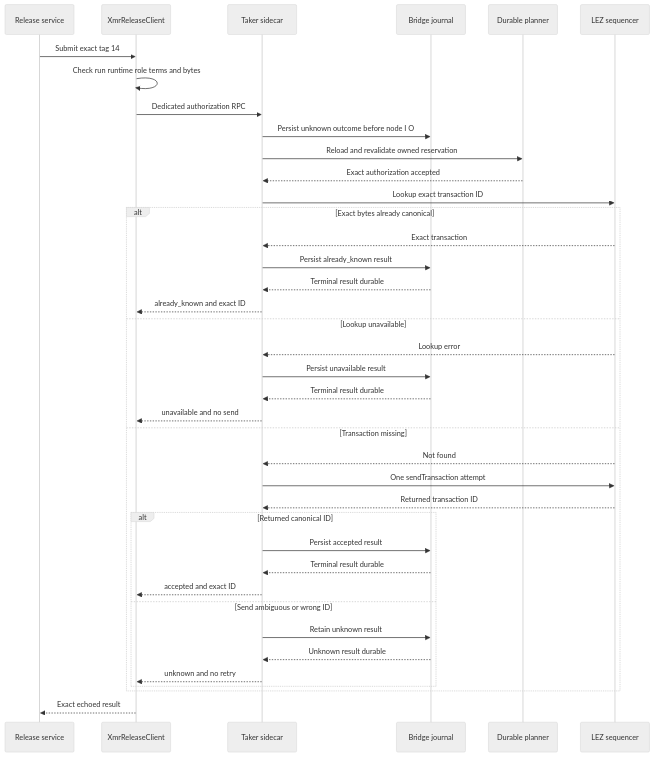
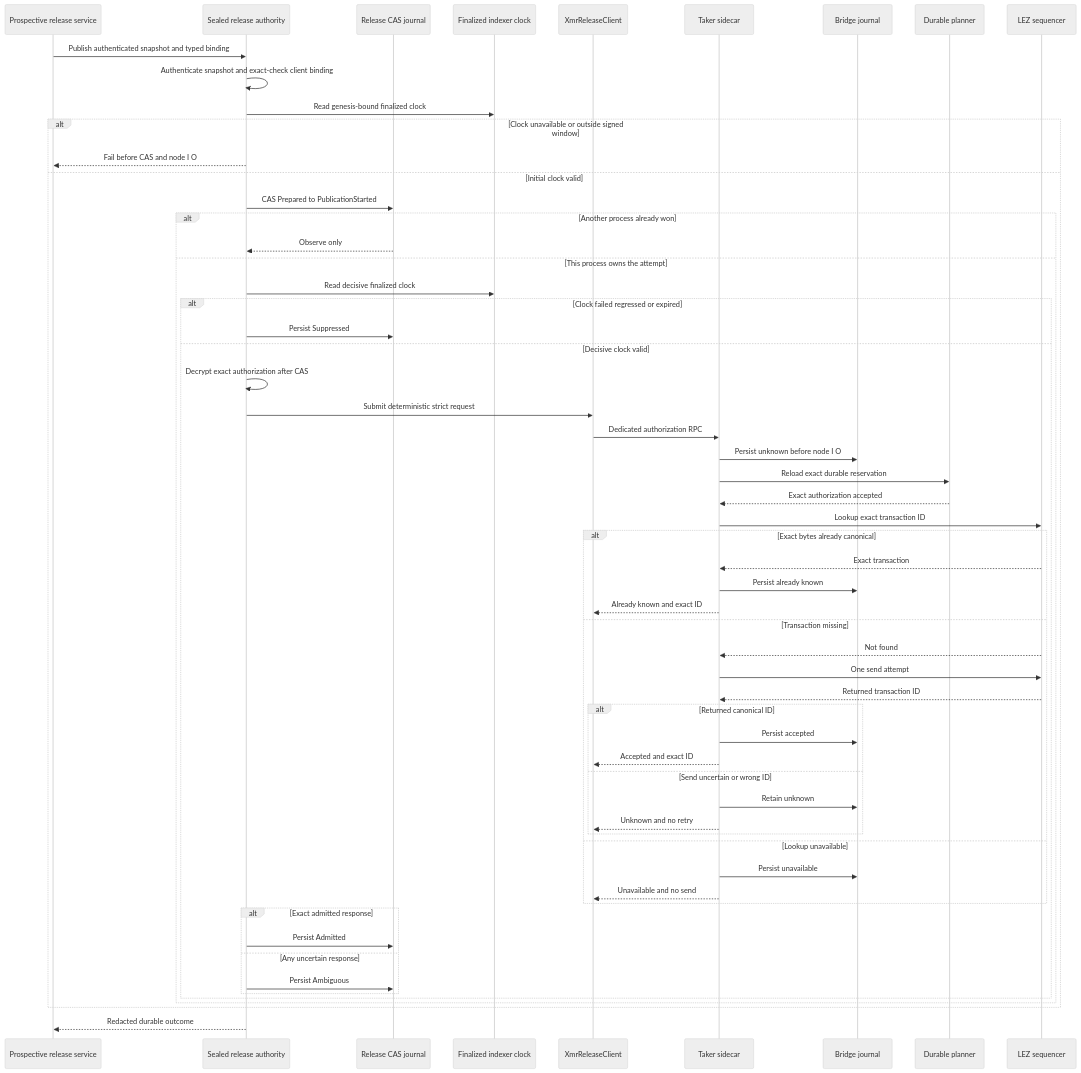
The second of 2 diagrams in docs/architecture/0067-submit-xmr-authorization-through-dedicated-route.md (gateway-fm/lez-atomic-swaps), drawn with Mermaid (neutral theme) before and after one commit. The commit also changed other lines of this file and 18 other files, not shown here.

Commit message:
feat(m4): seal release journal to narrow client

````diff
--- a/docs/architecture/0067-submit-xmr-authorization-through-dedicated-route.md
+++ b/docs/architecture/0067-submit-xmr-authorization-through-dedicated-route.md
@@ -74,42 +90,62 @@
 ```mermaid
 sequenceDiagram
-    participant S as Release service
+    participant S as Prospective release service
+    participant A as Sealed release authority
+    participant R as Release CAS journal
+    participant F as Finalized indexer clock
     participant C as XmrReleaseClient
     participant B as Taker sidecar
     participant J as Bridge journal
     participant P as Durable planner
     participant N as LEZ sequencer
 
-    S->>C: Submit exact tag 14
-    C->>C: Check run runtime role terms and bytes
-    C->>B: Dedicated authorization RPC
-    B->>J: Persist unknown outcome before node I O
-    B->>P: Reload and revalidate owned reservation
-    P-->>B: Exact authorization accepted
-    B->>N: Lookup exact transaction ID
-    alt Exact bytes already canonical
-        N-->>B: Exact transaction
-        B->>J: Persist already_known result
-        J-->>B: Terminal result durable
-        B-->>C: already_known and exact ID
-    else Lookup unavailable
-        N-->>B: Lookup error
-        B->>J: Persist unavailable result
-        J-->>B: Terminal result durable
-        B-->>C: unavailable and no send
-    else Transaction missing
-        N-->>B: Not found
-        B->>N: One sendTransaction attempt
-        N-->>B: Returned transaction ID
-        alt Returned canonical ID
-            B->>J: Persist accepted result
-            J-->>B: Terminal result durable
-            B-->>C: accepted and exact ID
-        else Send ambiguous or wrong ID
-            B->>J: Retain unknown result
-            J-->>B: Unknown result durable
-            B-->>C: unknown and no retry
+    S->>A: Publish authenticated snapshot and typed binding
+    A->>A: Authenticate snapshot and exact-check client binding
+    A->>F: Read genesis-bound finalized clock
+    alt Clock unavailable or outside signed window
+        A-->>S: Fail before CAS and node I O
+    else Initial clock valid
+        A->>R: CAS Prepared to PublicationStarted
+        alt Another process already won
+            R-->>A: Observe only
+        else This process owns the attempt
+            A->>F: Read decisive finalized clock
+            alt Clock failed regressed or expired
+                A->>R: Persist Suppressed
+            else Decisive clock valid
+                A->>A: Decrypt exact authorization after CAS
+                A->>C: Submit deterministic strict request
+                C->>B: Dedicated authorization RPC
+                B->>J: Persist unknown before node I O
+                B->>P: Reload exact durable reservation
+                P-->>B: Exact authorization accepted
+                B->>N: Lookup exact transaction ID
+                alt Exact bytes already canonical
+                    N-->>B: Exact transaction
+                    B->>J: Persist already known
+                    B-->>C: Already known and exact ID
+                else Transaction missing
+                    N-->>B: Not found
+                    B->>N: One send attempt
+                    N-->>B: Returned transaction ID
+                    alt Returned canonical ID
+                        B->>J: Persist accepted
+                        B-->>C: Accepted and exact ID
+                    else Send uncertain or wrong ID
+                        B->>J: Retain unknown
+                        B-->>C: Unknown and no retry
+                    end
+                else Lookup unavailable
+                    B->>J: Persist unavailable
+                    B-->>C: Unavailable and no send
+                end
+                alt Exact admitted response
+                    A->>R: Persist Admitted
+                else Any uncertain response
+                    A->>R: Persist Ambiguous
+                end
+            end
         end
     end
-    C-->>S: Exact echoed result
+    A-->>S: Redacted durable outcome
 ```
````
